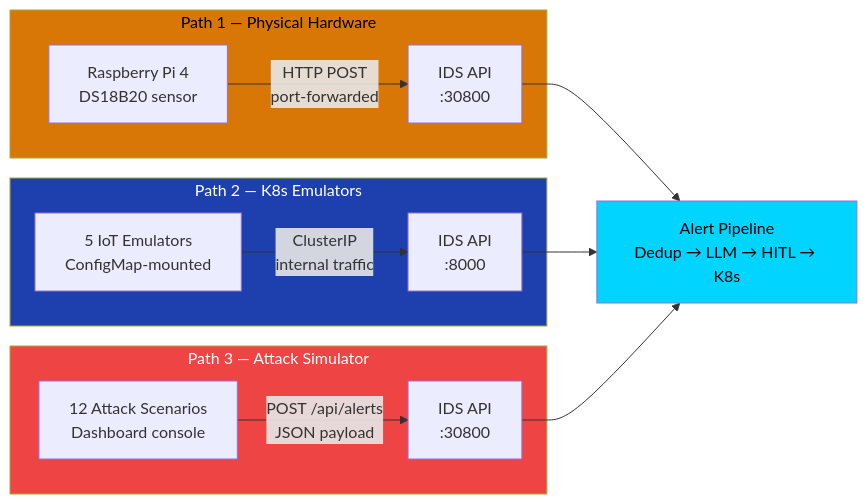
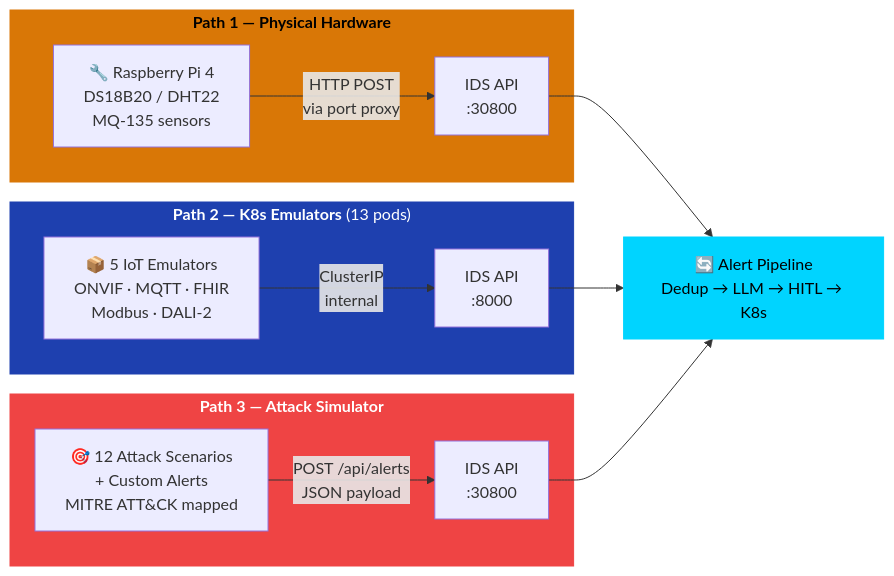
Before and after one commit to Alqaly/smart-city-ids: the sixth of 20 diagrams in docs/CAPSTONE_FIGURES.md, drawn with Mermaid. The commit also changed other lines of this file, not shown here.

First line of the commit message:
Improve figures file: exact placement labels + enhanced diagrams

````diff
--- a/docs/CAPSTONE_FIGURES.md
+++ b/docs/CAPSTONE_FIGURES.md
@@ -230,23 +321,23 @@
 ```mermaid
 graph LR
-    subgraph HW["Path 1 — Physical Hardware"]
-        RPI["Raspberry Pi 4\nDS18B20 sensor"] -->|HTTP POST\nport-forwarded| IDS1["IDS API\n:30800"]
+    subgraph HW["<b>Path 1 — Physical Hardware</b>"]
+        RPI["🔧 Raspberry Pi 4<br/>DS18B20 / DHT22<br/>MQ-135 sensors"] -->|"HTTP POST<br/>via port proxy"| IDS1["IDS API<br/>:30800"]
     end
 
-    subgraph K8S["Path 2 — K8s Emulators"]
-        EMU["5 IoT Emulators\nConfigMap-mounted"] -->|ClusterIP\ninternal traffic| IDS2["IDS API\n:8000"]
+    subgraph K8S["<b>Path 2 — K8s Emulators</b> (13 pods)"]
+        EMU["📦 5 IoT Emulators<br/>ONVIF · MQTT · FHIR<br/>Modbus · DALI-2"] -->|"ClusterIP<br/>internal"| IDS2["IDS API<br/>:8000"]
     end
 
-    subgraph ATK["Path 3 — Attack Simulator"]
-        SIM["12 Attack Scenarios\nDashboard console"] -->|POST /api/alerts\nJSON payload| IDS3["IDS API\n:30800"]
+    subgraph ATK["<b>Path 3 — Attack Simulator</b>"]
+        SIM["🎯 12 Attack Scenarios<br/>+ Custom Alerts<br/>MITRE ATT&CK mapped"] -->|"POST /api/alerts<br/>JSON payload"| IDS3["IDS API<br/>:30800"]
     end
 
-    IDS1 --> CORE["Alert Pipeline\nDedup → LLM → HITL → K8s"]
-    IDS2 --> CORE
-    IDS3 --> CORE
+    IDS1 --> PIPE["🔄 Alert Pipeline<br/>Dedup → LLM → HITL → K8s"]
+    IDS2 --> PIPE
+    IDS3 --> PIPE
 
-    style HW fill:#d97706,color:#000
-    style K8S fill:#1e40af,color:#fff
-    style ATK fill:#ef4444,color:#fff
-    style CORE fill:#00d4ff,color:#000
+    style HW fill:#d97706,color:#000,stroke:#d97706
+    style K8S fill:#1e40af,color:#fff,stroke:#1e40af
+    style ATK fill:#ef4444,color:#fff,stroke:#ef4444
+    style PIPE fill:#00d4ff,color:#000,stroke:#00d4ff
 ```
````
